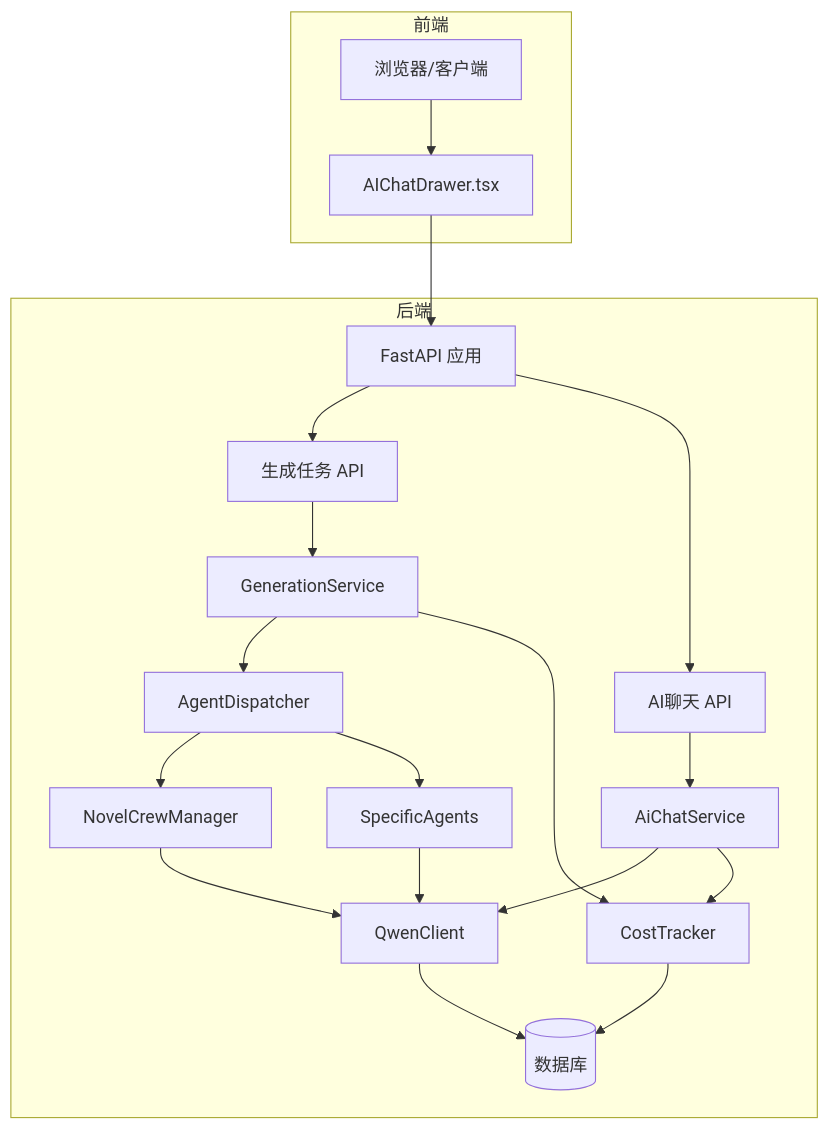
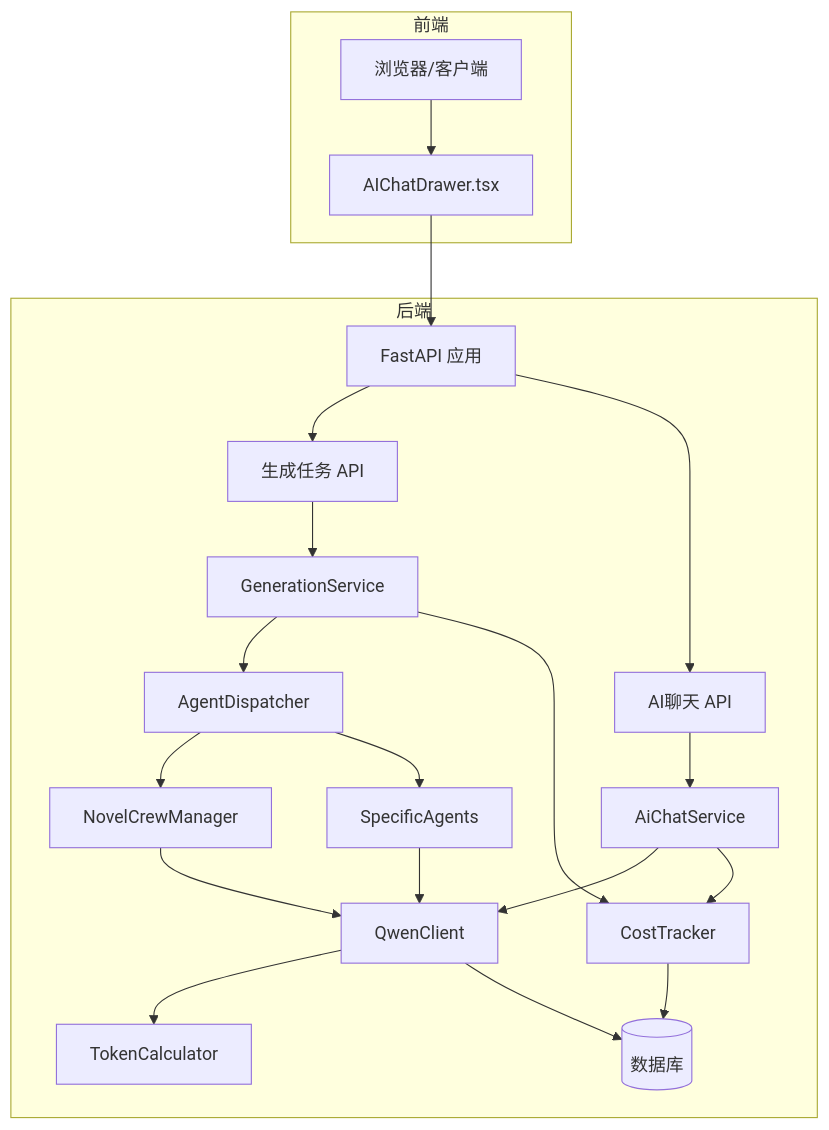
The first of 9 diagrams in .qoder/repowiki/zh/content/LLM集成架构/LLM集成架构.md (xfbyxq/ai-novel-system), drawn with Mermaid before and after one commit. The commit also changed other lines of this file and 3 other files, not shown here.

````diff
--- a/.qoder/repowiki/zh/content/LLM集成架构/LLM集成架构.md
+++ b/.qoder/repowiki/zh/content/LLM集成架构/LLM集成架构.md
@@ -61,36 +64,38 @@
 ```mermaid
 graph TB
 subgraph "前端"
 FE["浏览器/客户端"]
 AI_CHAT_DRAWER["AIChatDrawer.tsx"]
 end
 subgraph "后端"
 API["FastAPI 应用"]
 GEN_API["生成任务 API"]
 CHAT_API["AI聊天 API"]
 SVC["GenerationService"]
 CHAT_SVC["AiChatService"]
 DISP["AgentDispatcher"]
 CREW["NovelCrewManager"]
 AGENTS["SpecificAgents"]
 QWEN["QwenClient"]
+TOKEN_CALC["TokenCalculator"]
 COST["CostTracker"]
 DB[("数据库")]
 end
 FE --> AI_CHAT_DRAWER
 AI_CHAT_DRAWER --> API
 API --> GEN_API
 API --> CHAT_API
 CHAT_API --> CHAT_SVC
 GEN_API --> SVC
 SVC --> DISP
 DISP --> CREW
 DISP --> AGENTS
 CREW --> QWEN
 AGENTS --> QWEN
 CHAT_SVC --> QWEN
+QWEN --> TOKEN_CALC
 QWEN --> DB
 SVC --> COST
 CHAT_SVC --> COST
 COST --> DB
 ```
````
